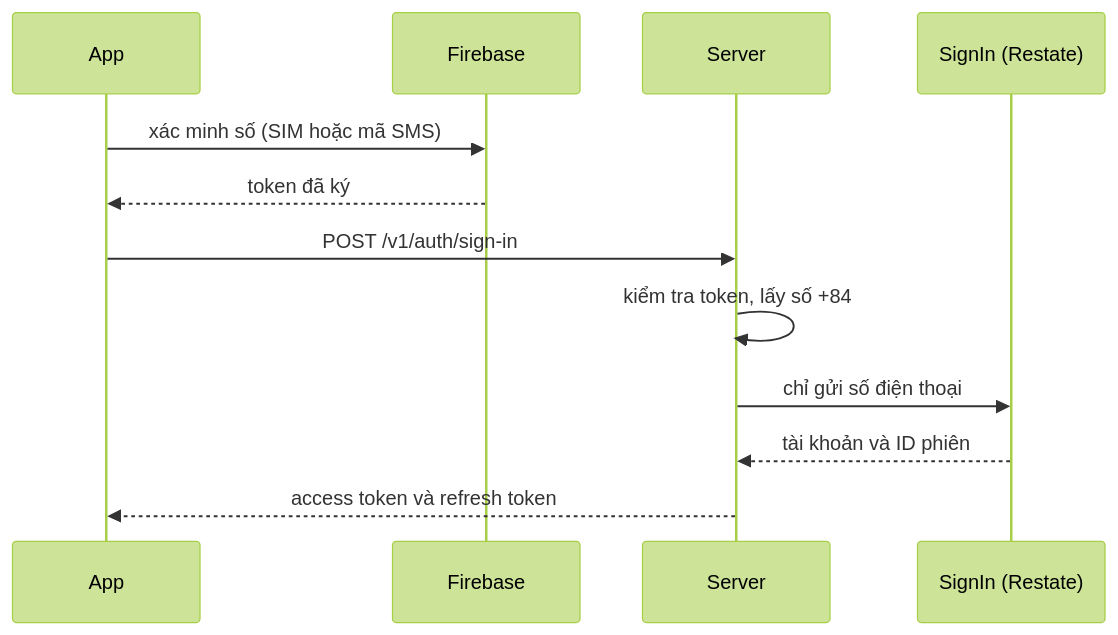
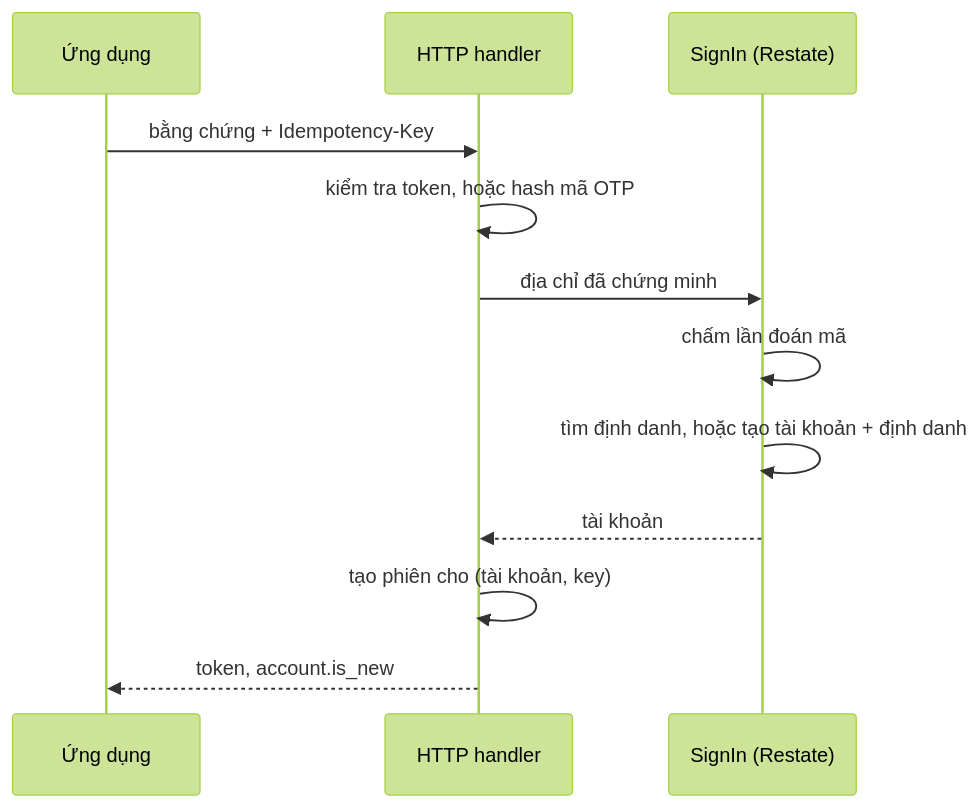
The diagram in web/src/content/docs/vi/architecture/sign-in.mdx (shopnexus/docs), drawn with Mermaid (forest theme) before and after one commit. The commit also changed other lines of this file and 105 other files, not shown here.

````diff
--- a/web/src/content/docs/vi/architecture/sign-in.mdx
+++ b/web/src/content/docs/vi/architecture/sign-in.mdx
@@ -20,14 +32,14 @@
-```mermaid title="Đăng nhập bằng số điện thoại"
+```mermaid title="Đăng nhập"
 sequenceDiagram
-  participant App
-  participant Firebase
-  participant Server
-  participant SignIn as SignIn (Restate)
-  App->>Firebase: xác minh số (SIM hoặc mã SMS)
-  Firebase-->>App: token đã ký
-  App->>Server: POST /v1/auth/sign-in
-  Server->>Server: kiểm tra token, lấy số +84
-  Server->>SignIn: chỉ gửi số điện thoại
-  SignIn-->>Server: tài khoản và ID phiên
-  Server-->>App: access token và refresh token
+  participant App as Ứng dụng
+  participant API as HTTP handler
+  participant Flow as SignIn (Restate)
+  App->>API: bằng chứng + Idempotency-Key
+  API->>API: kiểm tra token, hoặc hash mã OTP
+  API->>Flow: địa chỉ đã chứng minh
+  Flow->>Flow: chấm lần đoán mã
+  Flow->>Flow: tìm định danh, hoặc tạo tài khoản + định danh
+  Flow-->>API: tài khoản
+  API->>API: tạo phiên cho (tài khoản, key)
+  API-->>App: token, account.is_new
 ```
````
